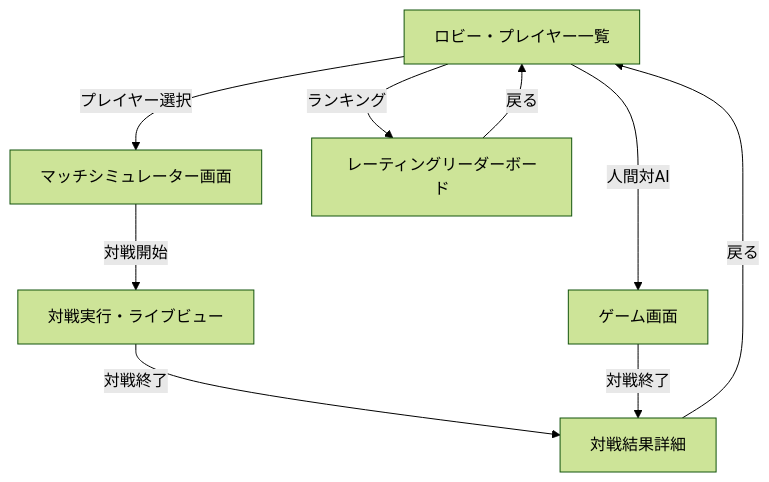
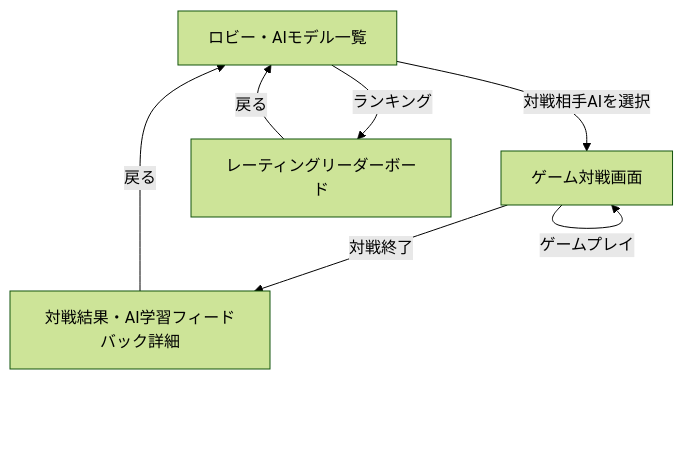
The second of 2 diagrams in README.md (bamiyanapp/Electric-Chair-Arena), drawn with Mermaid (forest theme) before and after one commit. The commit also changed other lines of this file and 3 other files, not shown here.

````diff
--- a/README.md
+++ b/README.md
@@ -115,13 +108,10 @@
 ```mermaid
 graph TD
-    A[ロビー・プレイヤー一覧] -->|プレイヤー選択| B[マッチシミュレーター画面]
-    B -->|対戦開始| C[対戦実行・ライブビュー]
-    C -->|対戦終了| D[対戦結果詳細]
+    A[ロビー・AIモデル一覧] -->|対戦相手AIを選択| B[ゲーム対戦画面]
+    B -->|ゲームプレイ| B
+    B -->|対戦終了| C[対戦結果・AI学習フィードバック詳細]
     
-    A -->|人間対AI| E[ゲーム画面]
-    E -->|対戦終了| D
-    
-    A -->|ランキング| F[レーティングリーダーボード]
-    F -->|戻る| A
+    A -->|ランキング| D[レーティングリーダーボード]
     D -->|戻る| A
+    C -->|戻る| A
 ```
````
